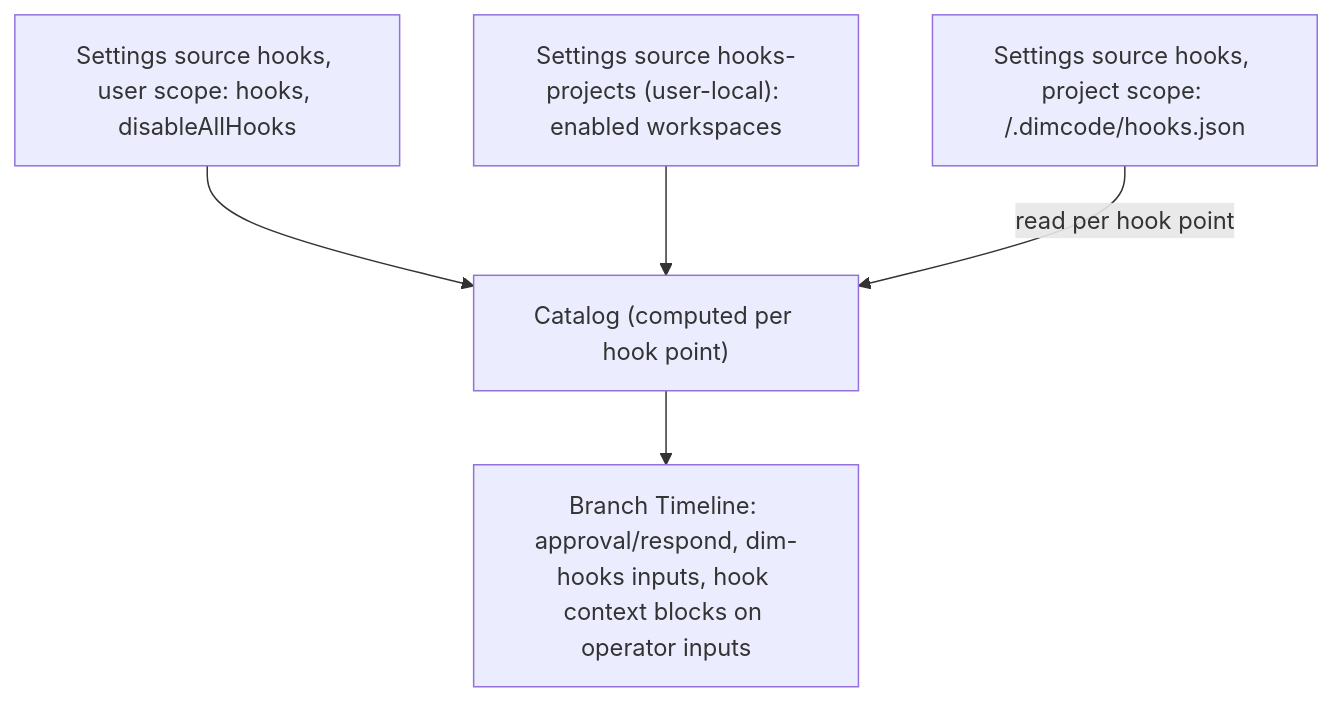
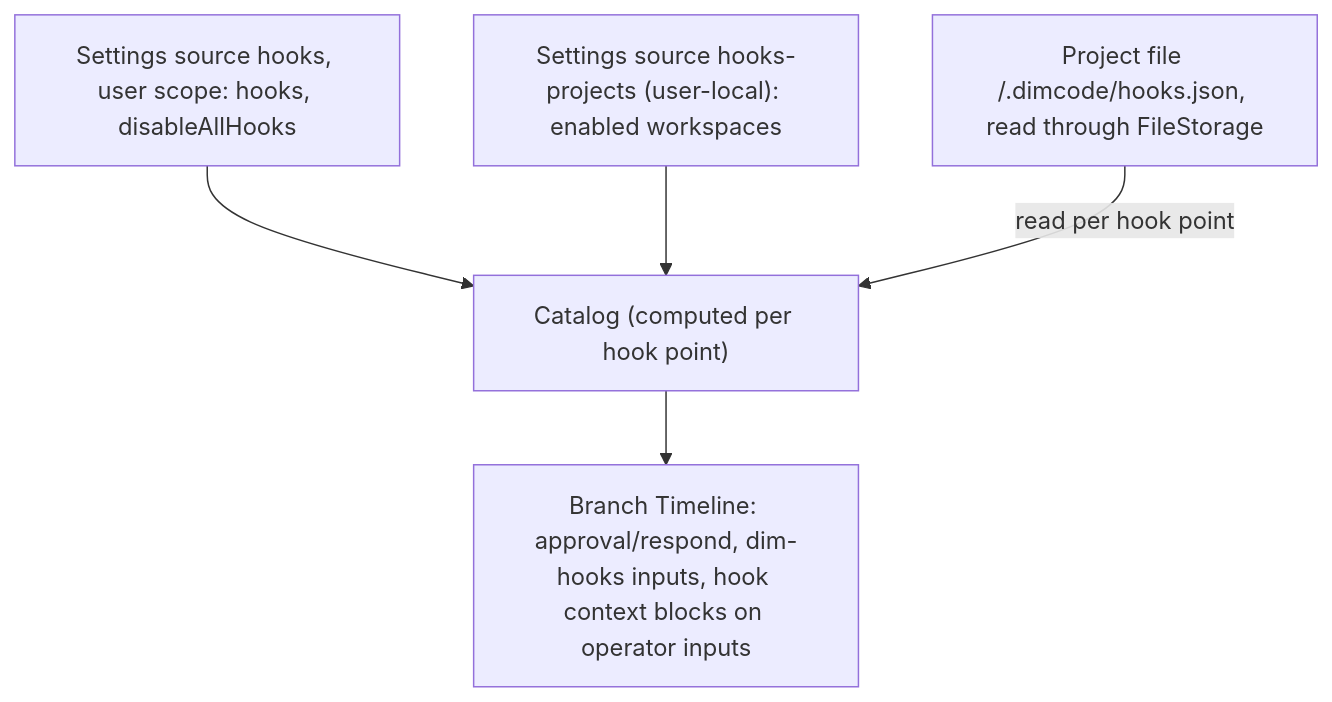
Before and after one commit to CoutinhoTTS/dim-agent: the second of 6 diagrams in docs/design/plugins/Hooks.md, drawn with Mermaid. The commit also changed other lines of this file and 13 other files, not shown here.

````diff
--- a/docs/design/plugins/Hooks.md
+++ b/docs/design/plugins/Hooks.md
@@ -87,12 +89,12 @@
 ```mermaid
 flowchart TB
   User["Settings source hooks, user scope: hooks, disableAllHooks"]
-  Proj["Settings source hooks, project scope: <workspace>/.dimcode/hooks.json"]
+  Proj["Project file <workspace>/.dimcode/hooks.json, read through FileStorage"]
   Enable["Settings source hooks-projects (user-local): enabled workspaces"]
   Cat["Catalog (computed per hook point)"]
   TL["Branch Timeline: approval/respond, dim-hooks inputs, hook context blocks on operator inputs"]
   User --> Cat
   Enable --> Cat
   Proj -->|"read per hook point"| Cat
   Cat --> TL
 ```
````
